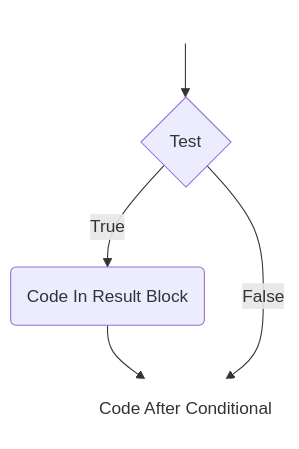
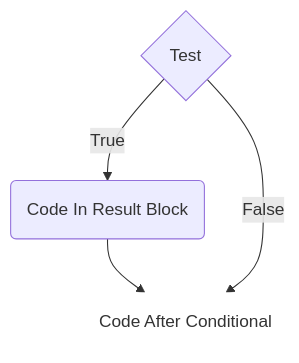
One commit to lsu-ddem/pathways-site changed the first of 2 diagrams in content/1_IntroToCoding/2_MakingThings_Happen/1_Lesson_1/index.md. Above: the diagram before and after it, drawn with Mermaid. The commit also changed other lines of this file, not shown here.

```diff
--- a/content/1_IntroToCoding/2_MakingThings_Happen/1_Lesson_1/index.md
+++ b/content/1_IntroToCoding/2_MakingThings_Happen/1_Lesson_1/index.md
@@ -5,10 +5,9 @@
 {{<mermaid align="center">}}
 graph TD
-START[ ]
-START --> A
+
 A{Test} -->|True| B(Code In Result Block)
 B--> C
 A{Test} -->|False| C(Code After Conditional)
-style START fill:#FFFFFF, stroke:#FFFFFF;
+
 style C fill:#FFFFFF, stroke:#FFFFFF;
 {{< /mermaid >}}
```
